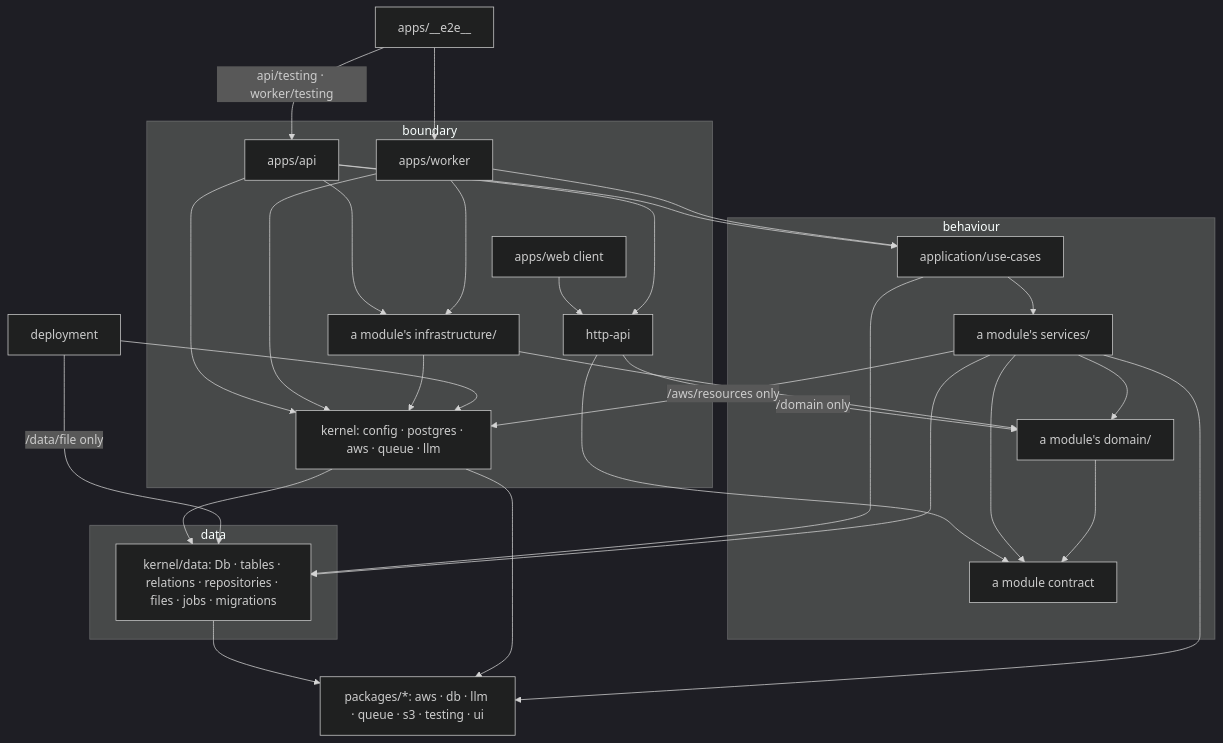
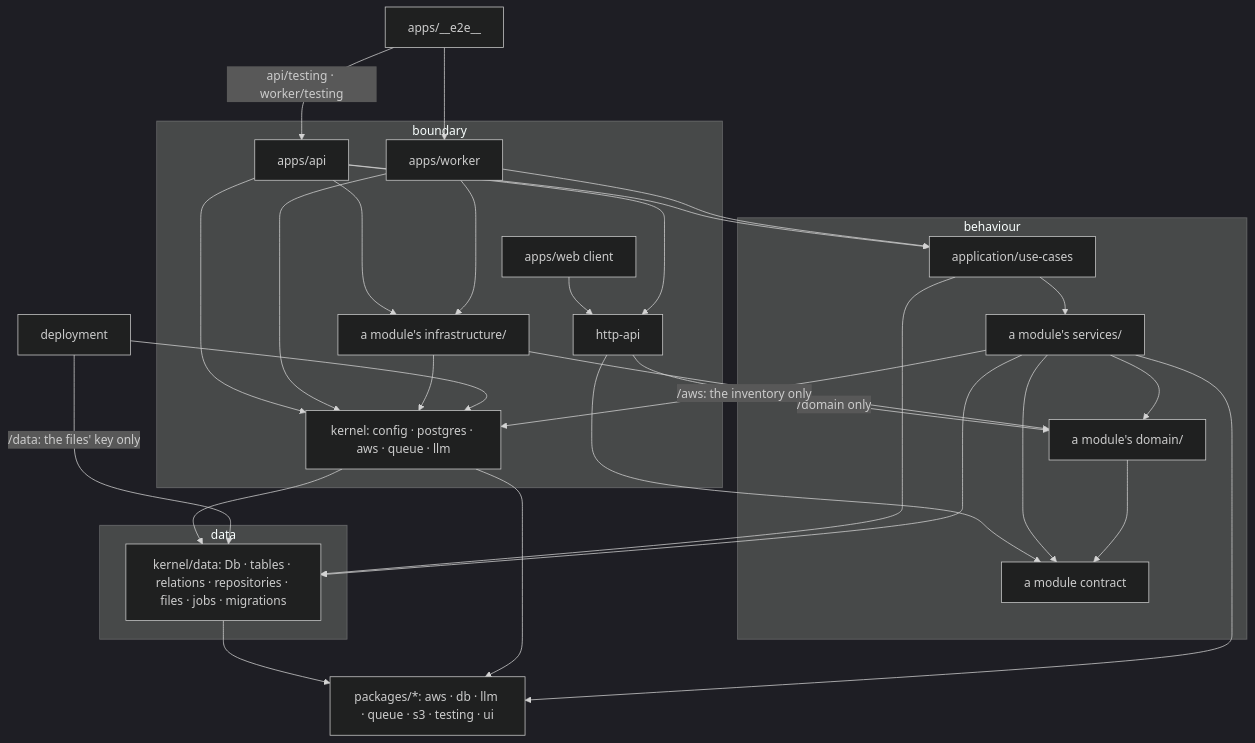
One commit to khotei/app-template changed the diagram in docs/knowledge/architecture.md. Above: the diagram before and after it, drawn with Mermaid (dark theme). The commit also changed other lines of this file and 139 other files, not shown here.

````diff
--- a/docs/knowledge/architecture.md
+++ b/docs/knowledge/architecture.md
@@ -36,47 +36,47 @@
 ```mermaid
 graph TD
   subgraph boundary["boundary"]
     web["apps/web client"]
     api["apps/api"]
     worker["apps/worker"]
     httpApi["http-api"]
     kernelOut["kernel: config · postgres · aws · queue · llm"]
     infra["a module's infrastructure/"]
   end
   subgraph behaviour["behaviour"]
     useCases["application/use-cases"]
     services["a module's services/"]
     domain["a module's domain/"]
     contract["a module contract"]
   end
   subgraph data["data"]
     db["kernel/data: Db · tables · relations · repositories · files · jobs · migrations"]
   end
   web --> httpApi
   api --> httpApi
   api --> useCases
   api --> infra
   api --> kernelOut
   worker --> useCases
   worker --> infra
   worker --> kernelOut
   httpApi -->|"/domain only"| domain
   httpApi --> contract
   useCases --> services
   useCases --> db
   infra --> domain
   infra --> kernelOut
   services --> domain
   services --> db
   services --> contract
-  services -->|"/aws/resources only"| kernelOut
+  services -->|"/aws: the inventory only"| kernelOut
   domain --> contract
   kernelOut --> db
   db --> packages["packages/*: aws · db · llm · queue · s3 · testing · ui"]
   kernelOut --> packages
   services --> packages
   deployment --> kernelOut
-  deployment -->|"/data/file only"| db
+  deployment -->|"/data: the files' key only"| db
   e2e["apps/__e2e__"] -->|"api/testing · worker/testing"| api
   e2e --> worker
 ```
````
